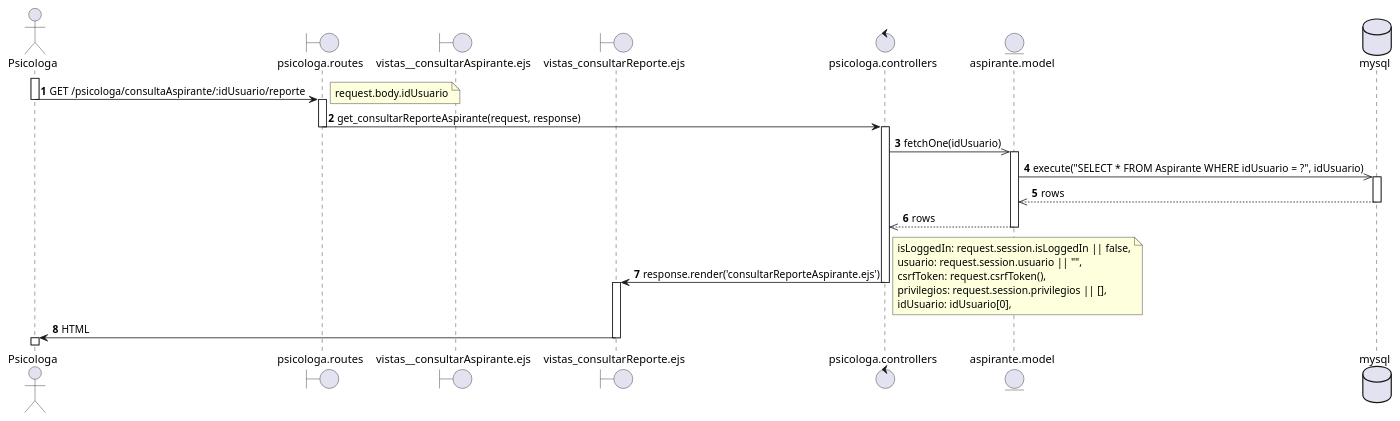
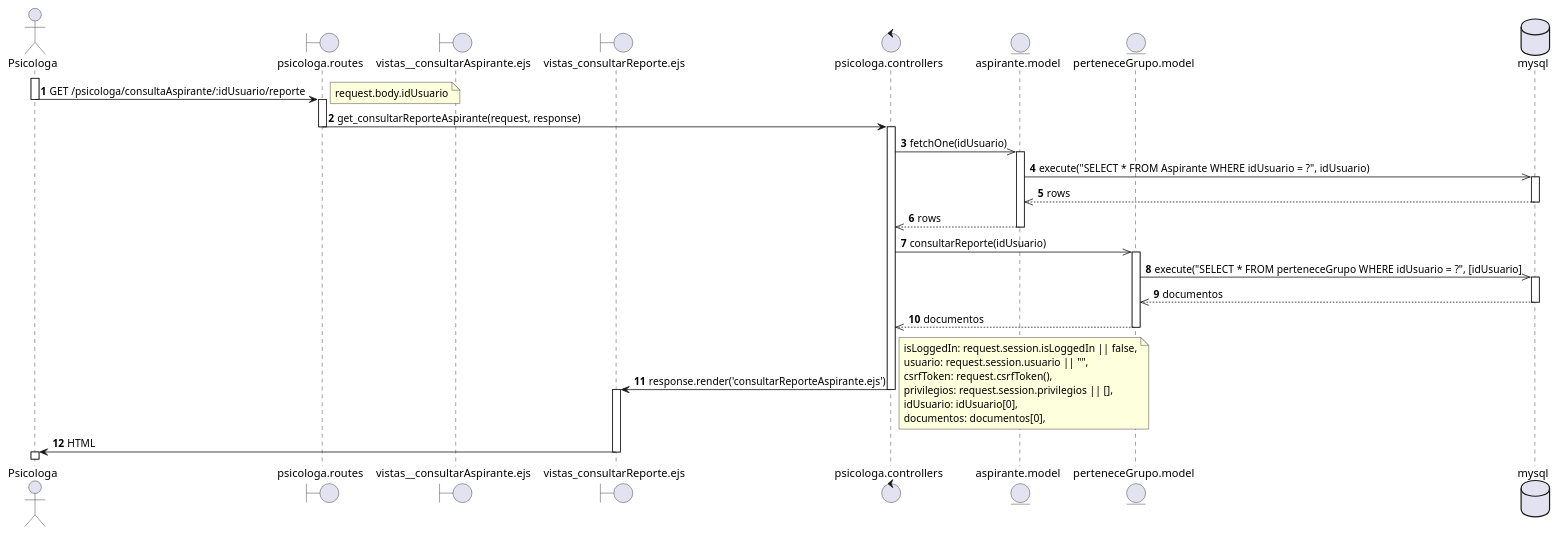
Before and after one commit to nicoleum17/TestInsightDX: the diagram in uml/secuencia/consultarReporteAspirante7.puml, drawn with PlantUML.

Commit message:
fix(consultarReporteAspirante): add one table to the diagram

```diff
--- a/uml/secuencia/consultarReporteAspirante7.puml
+++ b/uml/secuencia/consultarReporteAspirante7.puml
@@ -1,44 +1,56 @@
 @startuml   consultarReporteAspirante 7
 actor       Psicologa                    as a1
 boundary    psicologa.routes             as a2
 boundary    vistas__consultarAspirante.ejs  as a3
 boundary    vistas_consultarReporte.ejs as a6
 control     psicologa.controllers        as a4
 entity      aspirante.model              as a7
+entity      perteneceGrupo.model         as a8
 database    mysql                        as a5
 
 autonumber
 activate a1
 a1 -> a2: GET /psicologa/consultaAspirante/:idUsuario/reporte
 note right
 request.body.idUsuario
 end note
 deactivate a1
 activate a2
 a2->a4: get_consultarReporteAspirante(request, response)
 deactivate a2
 activate a4
 a4 ->> a7: fetchOne(idUsuario)
 activate a7
 a7->>a5: execute("SELECT * FROM Aspirante WHERE idUsuario = ?", idUsuario)
 activate a5
 a5-->>a7: rows
 deactivate a5
 a7 -->> a4: rows
 deactivate a7
 
+a4 ->> a8: consultarReporte(idUsuario)
+activate a8
+a8 ->> a5: execute("SELECT * FROM perteneceGrupo WHERE idUsuario = ?", [idUsuario]
+activate a5
+a5 -->> a8: documentos
+deactivate a5
+a8 -->> a4: documentos
+deactivate a8
+
+
 a4->a6: response.render('consultarReporteAspirante.ejs')
 note right
       isLoggedIn: request.session.isLoggedIn || false,
       usuario: request.session.usuario || "",
       csrfToken: request.csrfToken(),
       privilegios: request.session.privilegios || [],
       idUsuario: idUsuario[0],
+      documentos: documentos[0],
 end note
 deactivate a4
 activate a6
 a6->a1: HTML
 deactivate a6
 activate a1
 
 @enduml
```
